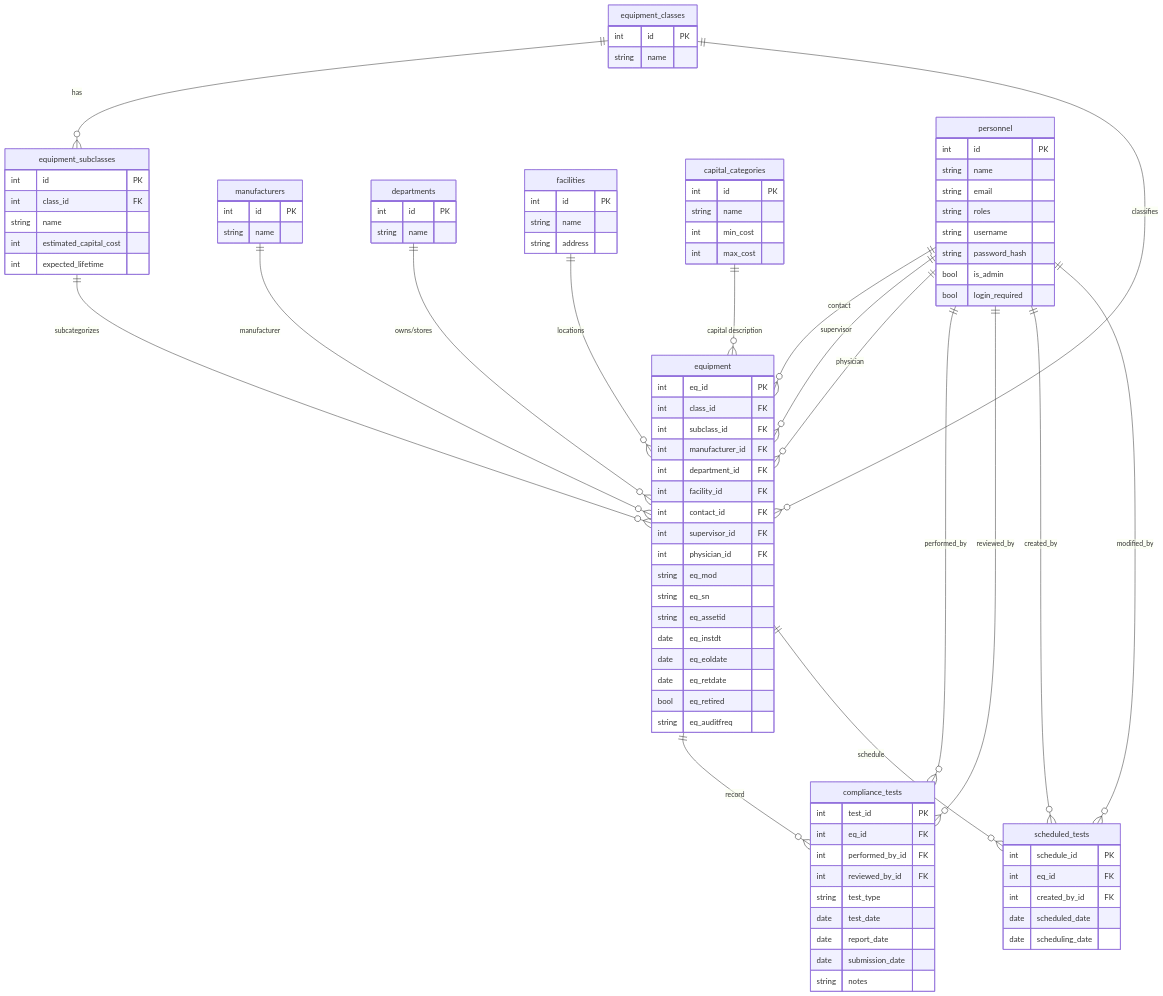
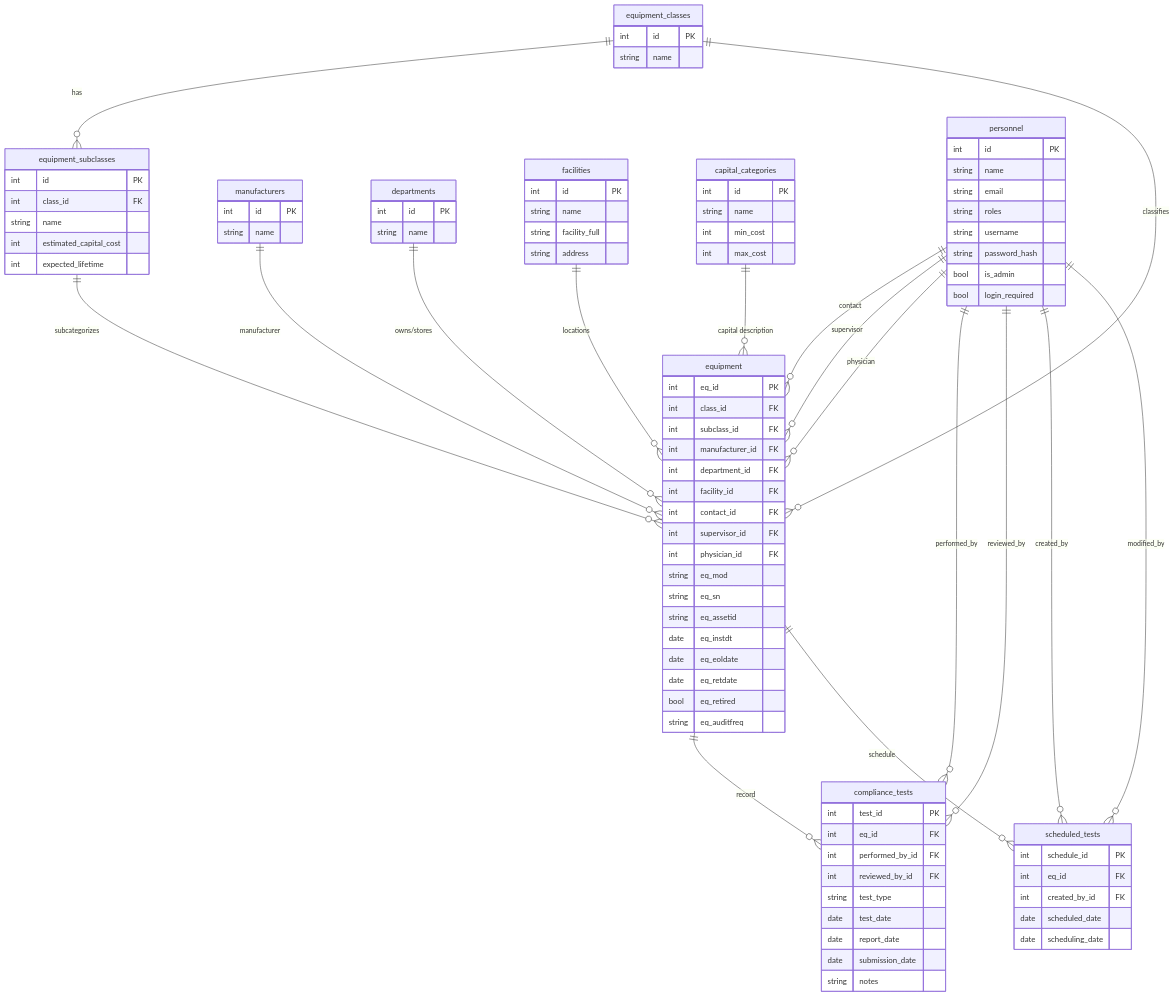
The diagram in DATABASE_DIAGRAM.md (nickbevins/rems), drawn with Mermaid before and after one commit. The commit also changed 42 other files, not shown here.

First line of the commit message:
Add Full Facility, security hardening, CSV import/export rework, and cleanup

```diff
--- a/DATABASE_DIAGRAM.md
+++ b/DATABASE_DIAGRAM.md
@@ -88,6 +88,7 @@
     facilities {
         int id PK
         string name
+        string facility_full
         string address
     }
 
```
